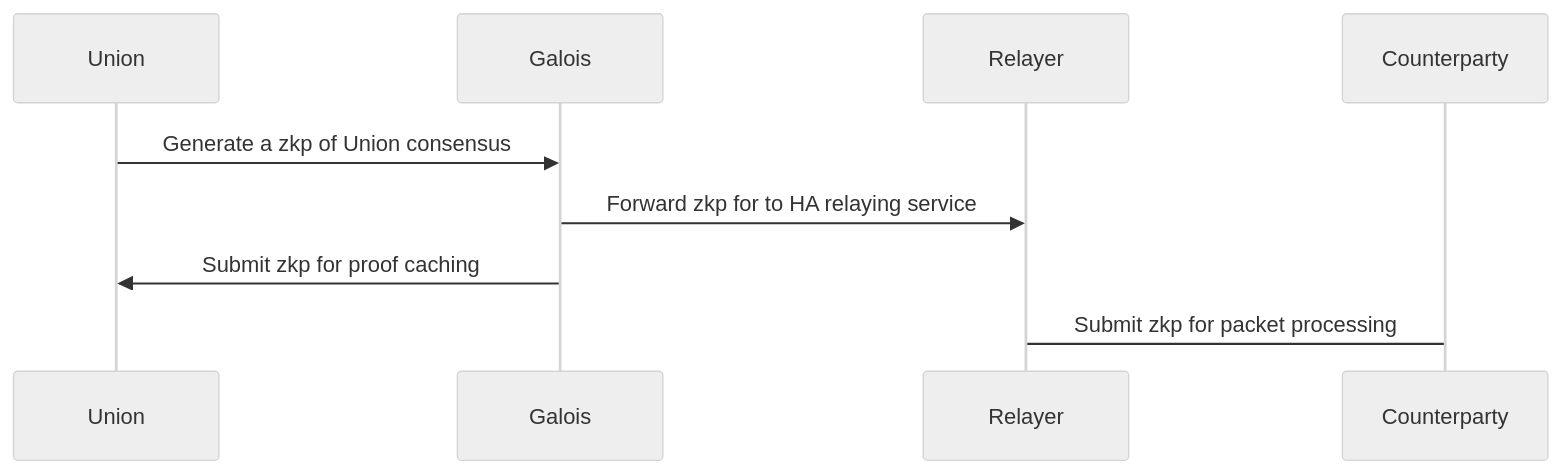
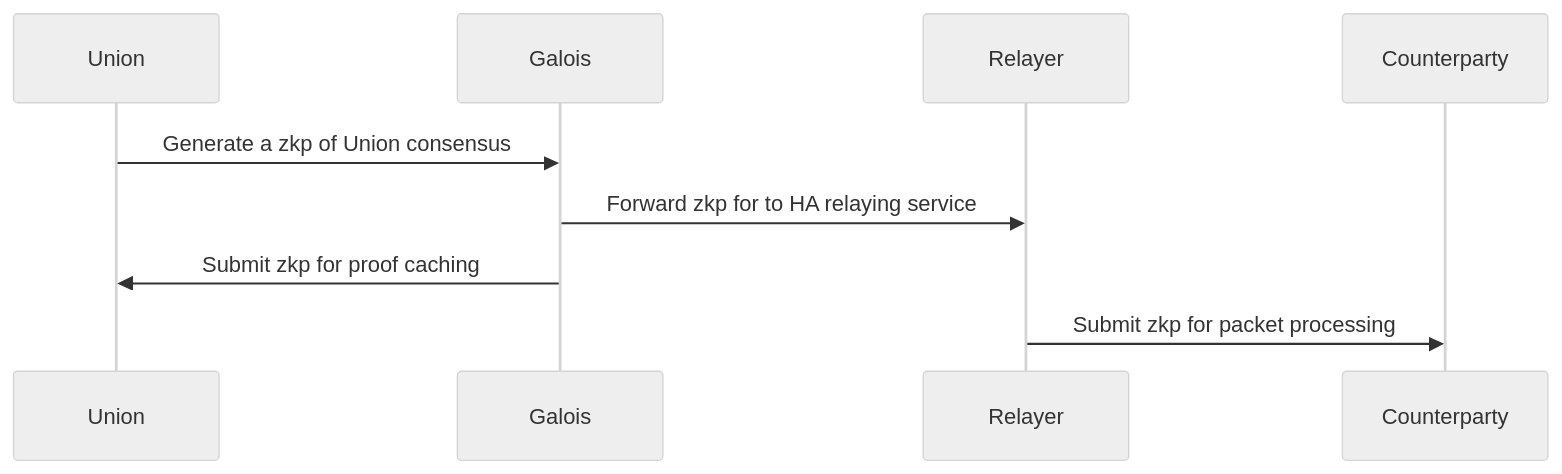
One commit to unionlabs/union changed the diagram in docs/docs/architecture/galois.md. Above: the diagram before and after it, drawn with Mermaid (neutral theme). The commit also changed 1 other file, not shown here.

Commit message:
docs(galois): use same arrows in mermaid

````diff
--- a/docs/docs/architecture/galois.md
+++ b/docs/docs/architecture/galois.md
@@ -17,7 +17,7 @@
 ```mermaid
 sequenceDiagram
     Union->>Galois: Generate a zkp of Union consensus
     Galois->>Relayer: Forward zkp for to HA relaying service
     Galois->>Union: Submit zkp for proof caching
-    Relayer->Counterparty: Submit zkp for packet processing
+    Relayer->>Counterparty: Submit zkp for packet processing
 ```
````
